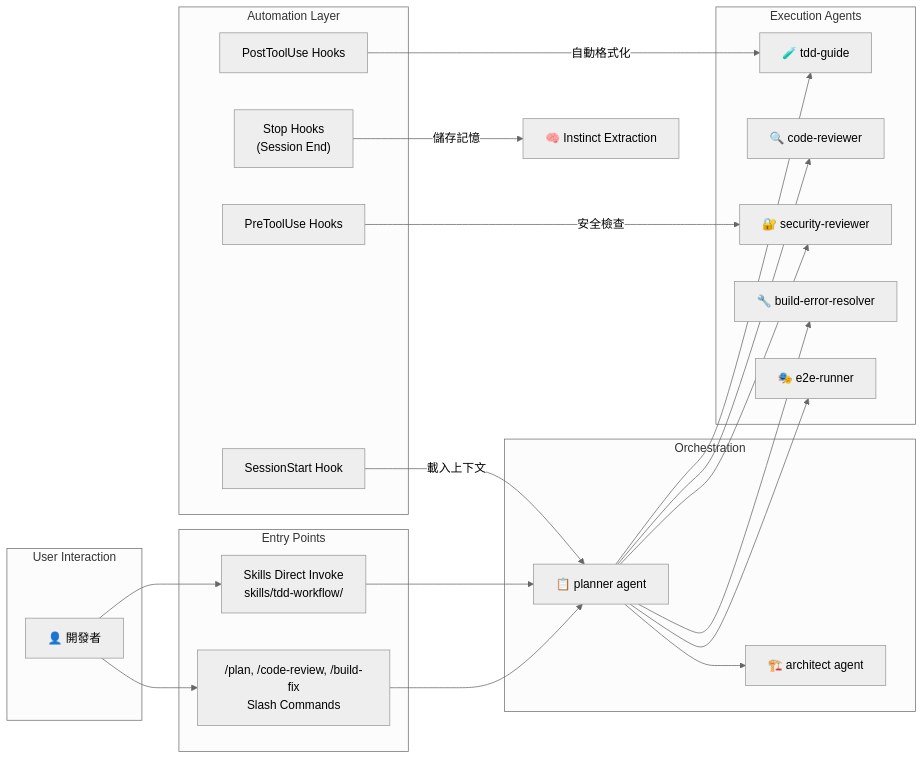
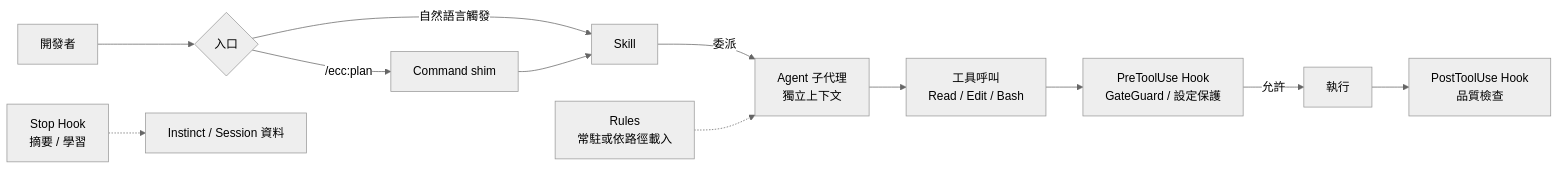
The second of 29 diagrams in content/posts/教學/AI開發/Everything Claude Code 教學手冊.md (chihhung/Blog), drawn with Mermaid (neutral theme) before and after one commit. The commit also changed other lines of this file, not shown here.

Commit message:
docs: update Everything Claude code 教學手冊

````diff
--- a/content/posts/教學/AI開發/Everything Claude Code 教學手冊.md
+++ b/content/posts/教學/AI開發/Everything Claude Code 教學手冊.md
@@ -328,47 +527,14 @@
 ```mermaid
 graph LR
-    subgraph "User Interaction"
-        User["👤 開發者"]
-    end
-
-    subgraph "Entry Points"
-        SlashCmd["/plan, /code-review, /build-fix<br/>Slash Commands"]
-        SkillInvoke["Skills Direct Invoke<br/>skills/tdd-workflow/"]
-    end
-
-    subgraph "Orchestration"
-        Planner["📋 planner agent"]
-        Architect["🏗️ architect agent"]
-    end
-
-    subgraph "Execution Agents"
-        TDDGuide["🧪 tdd-guide"]
-        CodeReviewer["🔍 code-reviewer"]
-        SecurityReviewer["🔐 security-reviewer"]
-        BuildResolver["🔧 build-error-resolver"]
-        E2ERunner["🎭 e2e-runner"]
-    end
-
-    subgraph "Automation Layer"
-        PreHook["PreToolUse Hooks"]
-        PostHook["PostToolUse Hooks"]
-        StopHook["Stop Hooks<br/>(Session End)"]
-        SessionStart["SessionStart Hook"]
-    end
-
-    User --> SlashCmd
-    User --> SkillInvoke
-    SlashCmd --> Planner
-    SkillInvoke --> Planner
-    Planner --> Architect
-    Planner --> TDDGuide
-    Planner --> CodeReviewer
-    Planner --> SecurityReviewer
-    Planner --> BuildResolver
-    Planner --> E2ERunner
-
-    SessionStart -->|"載入上下文"| Planner
-    PostHook -->|"自動格式化"| TDDGuide
-    StopHook -->|"儲存記憶"| ContinuousLearning["🧠 Instinct Extraction"]
-    PreHook -->|"安全檢查"| SecurityReviewer
+    User["開發者"] --> Entry{"入口"}
+    Entry -->|"/ecc:plan"| Cmd["Command shim"]
+    Entry -->|"自然語言觸發"| Skill["Skill"]
+    Cmd --> Skill
+    Skill -->|"委派"| Agent["Agent 子代理<br/>獨立上下文"]
+    Agent --> Tools["工具呼叫<br/>Read / Edit / Bash"]
+    Tools --> Pre["PreToolUse Hook<br/>GateGuard / 設定保護"]
+    Pre -->|"允許"| Exec["執行"]
+    Exec --> Post["PostToolUse Hook<br/>品質檢查"]
+    Rules["Rules<br/>常駐或依路徑載入"] -.-> Agent
+    Stop["Stop Hook<br/>摘要 / 學習"] -.-> Memory["Instinct / Session 資料"]
 ```
````
